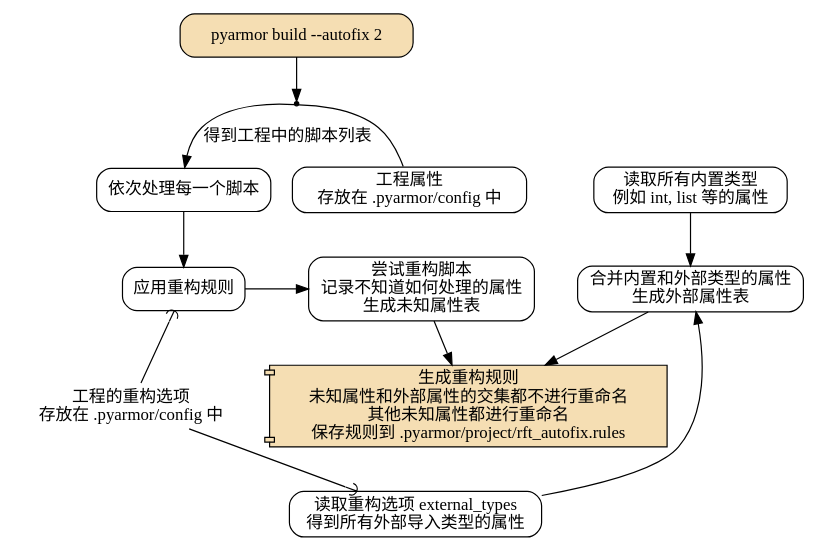
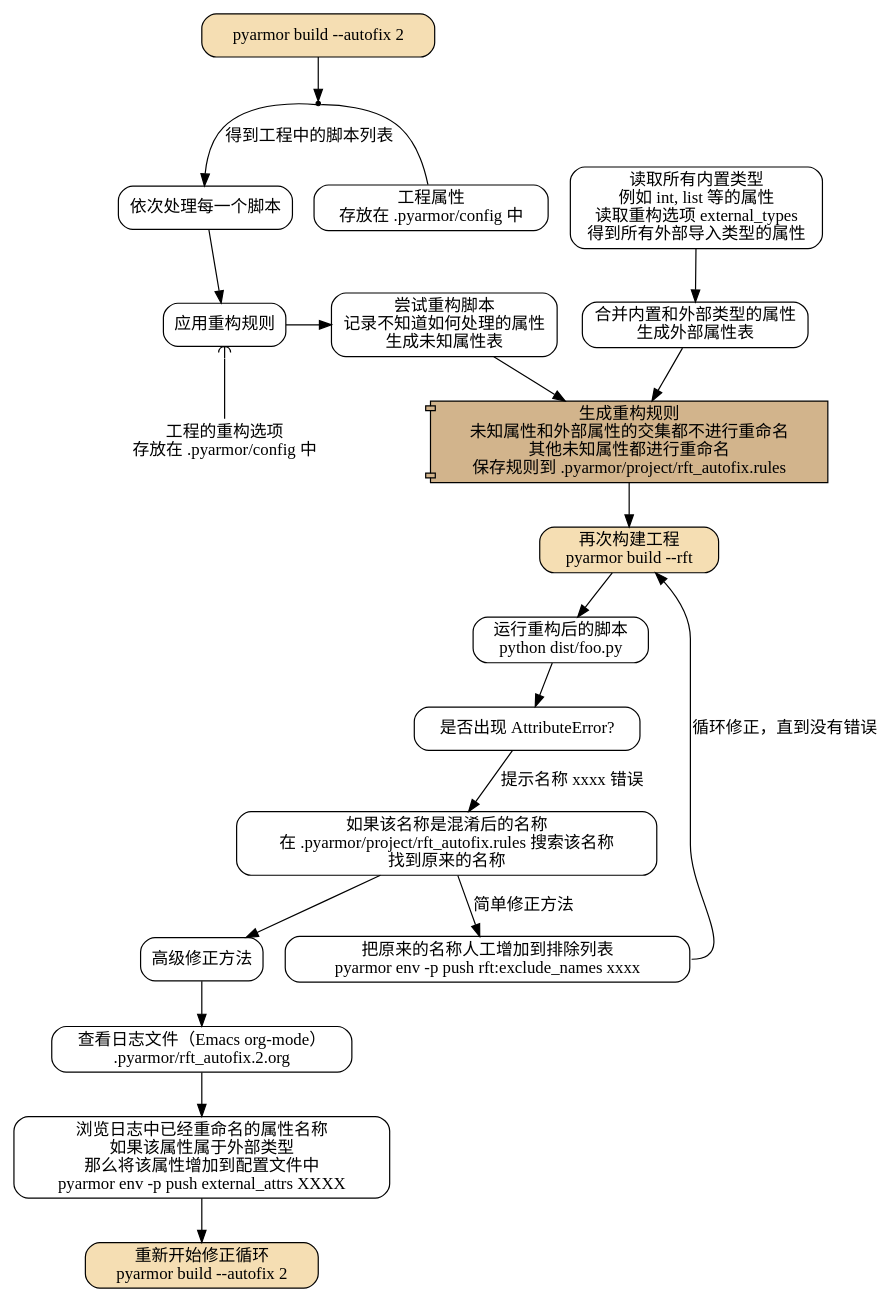
One commit to dashingsoft/dashingsoft.github.io changed the eighth of 10 diagrams in pyarmor/learn/zh/commands.rst. Above: the diagram before and after it, drawn with Graphviz. The commit also changed other lines of this file, not shown here.

Commit message:
Redesign autofix graphs

```diff
--- a/pyarmor/learn/zh/commands.rst
+++ b/pyarmor/learn/zh/commands.rst
@@ -229,45 +241,59 @@
 .. graphviz::
-   :caption: 自动修正模式二重构复杂脚本
+   :caption: 重构复杂脚本自动修正模式二
    :align: center
    :name: g-project-rft-autofix-2
 
    digraph G {
       node [shape=box, style=rounded, target="_top"]
 
       build [label="pyarmor build --autofix 2"
              style="filled,rounded"
              fillcolor="wheat"]
       join1 [shape=point]
 
       items [label="依次处理每一个脚本"]
 
       conf [label="工程属性\n存放在 .pyarmor/config 中"]
 
       rules [shape=plaintext
              label="工程的重构选项\n存放在 .pyarmor/config 中"]
       p1 [label="应用重构规则"]
       rft [label="尝试重构脚本\n记录不知道如何处理的属性\n生成未知属性表"]
 
-      u1 [label="读取所有内置类型\n例如 int, list 等的属性"]
-      u2 [label="读取重构选项 external_types\n得到所有外部导入类型的属性"]
+      u1 [label="读取所有内置类型\n例如 int, list 等的属性\n读取重构选项 external_types\n得到所有外部导入类型的属性"]
       un [label="合并内置和外部类型的属性\n生成外部属性表"]
       u1 -> un
-      u2 -> un
 
       autofix [shape=component
                style="filled"
-               fillcolor="wheat"
+               fillcolor="tan"
                label="生成重构规则\n未知属性和外部属性的交集都不进行重命名\n其他未知属性都进行重命名\n保存规则到 .pyarmor/project/rft_autofix.rules"]
       un -> autofix
 
       build -> join1
       join1 -> conf [dir=none]
       join1 -> items [label="得到工程中的脚本列表"]
       items -> p1
-      rank=same { p1 -> rft }
+      rank=same { p1 -> rft [dir=normal] }
       p1 -> rules [arrowtail=curve dir=back]
-      rules -> u2 [arrowhead=curve]
       rft -> autofix
 
-      rank=same { rft -> un [style=invis] }
+      rebuild [style="filled,rounded"
+               fillcolor="wheat"
+               label="再次构建工程\npyarmor build --rft"]
+      test [label="运行重构后的脚本\npython dist/foo.py"]
+      fb [label="是否出现 AttributeError?"]
+      f1 [label="如果该名称是混淆后的名称\n在 .pyarmor/project/rft_autofix.rules 搜索该名称\n找到原来的名称"]
+      f2 [label="把原来的名称人工增加到排除列表\npyarmor env -p push rft:exclude_names xxxx"]
+      f3 [label="高级修正方法"]
+      f4 [label="查看日志文件（Emacs org-mode）\n.pyarmor/rft_autofix.2.org"]
+      f5 [label="浏览日志中已经重命名的属性名称\n如果该属性属于外部类型\n那么将该属性增加到配置文件中\npyarmor env -p push external_attrs XXXX"]
+      f6 [label="重新开始修正循环\npyarmor build --autofix 2"
+          style="filled,rounded"
+          fillcolor="wheat"]
+      autofix -> rebuild -> test -> fb
+      fb -> f1 [label="提示名称 xxxx 错误"]
+      f1 -> f2 [label="简单修正方法"]
+      f2 -> rebuild [label="循环修正，直到没有错误" tailport=e]
+      f1 -> f3 -> f4 -> f5 -> f6
    }
```
